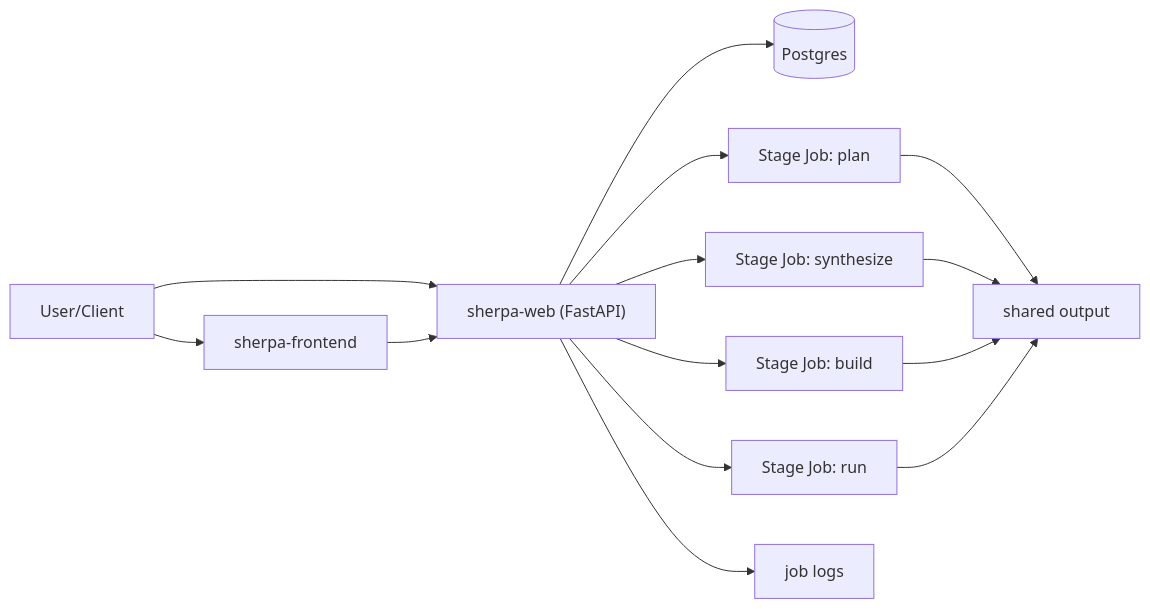
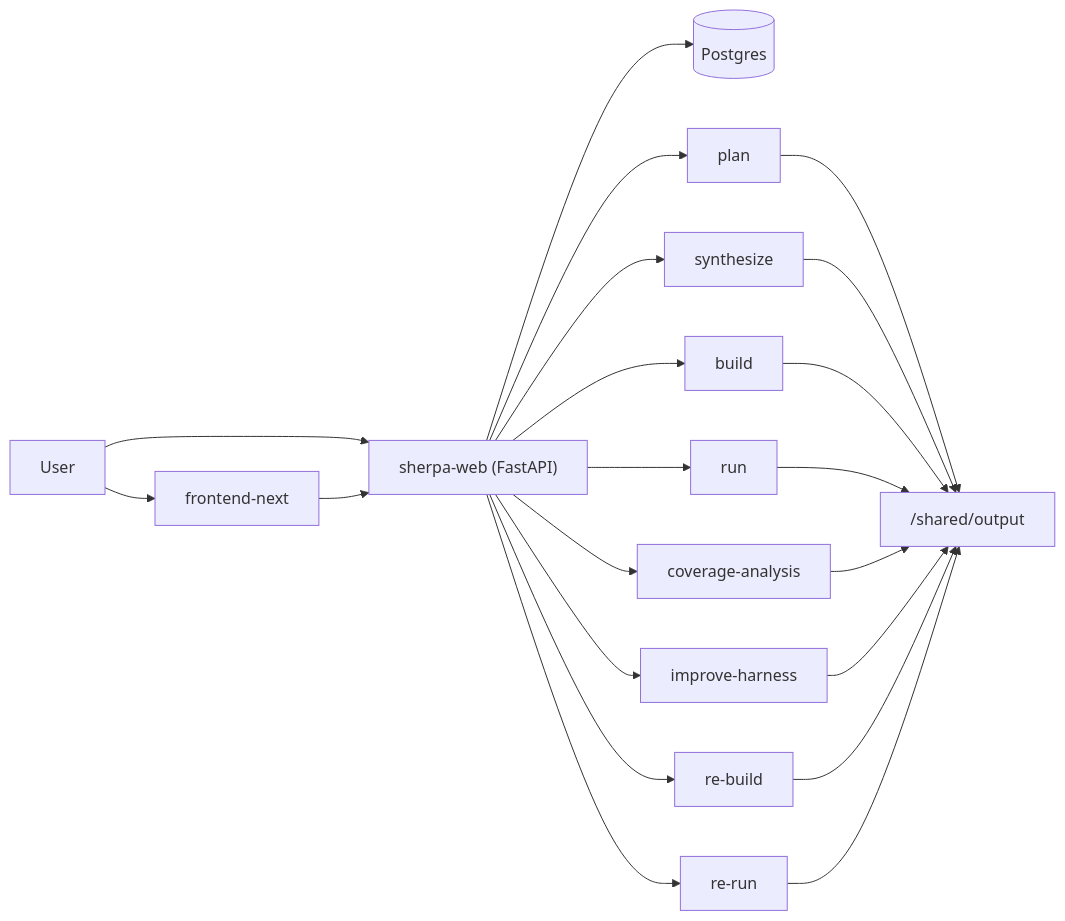
Before and after one commit to ZUENS2020/Sherpa: the diagram in README.md, drawn with Mermaid. The commit also changed other lines of this file and 9 other files, not shown here.

````diff
--- a/README.md
+++ b/README.md
@@ -20,19 +21,25 @@
 ```mermaid
 flowchart LR
-  U["User/Client"] --> FE["sherpa-frontend"]
+  U["User"] --> FE["frontend-next"]
   U --> API["sherpa-web (FastAPI)"]
   FE --> API
 
   API --> DB[(Postgres)]
-  API --> P["Stage Job: plan"]
-  API --> S["Stage Job: synthesize"]
-  API --> B["Stage Job: build"]
-  API --> R["Stage Job: run"]
+  API --> S1["plan"]
+  API --> S2["synthesize"]
+  API --> S3["build"]
+  API --> S4["run"]
+  API --> S5["coverage-analysis"]
+  API --> S6["improve-harness"]
+  API --> S7["re-build"]
+  API --> S8["re-run"]
 
-  P --> OUT["shared output"]
-  S --> OUT
-  B --> OUT
-  R --> OUT
-
-  API --> LOG["job logs"]
+  S1 --> OUT["/shared/output"]
+  S2 --> OUT
+  S3 --> OUT
+  S4 --> OUT
+  S5 --> OUT
+  S6 --> OUT
+  S7 --> OUT
+  S8 --> OUT
 ```
````
